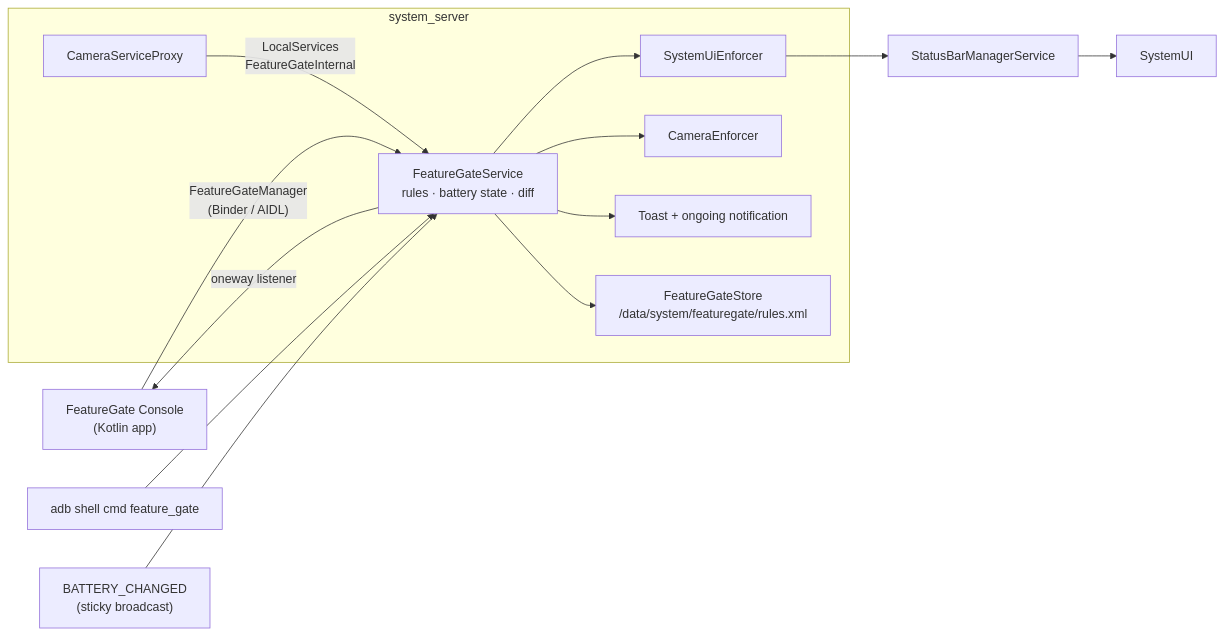
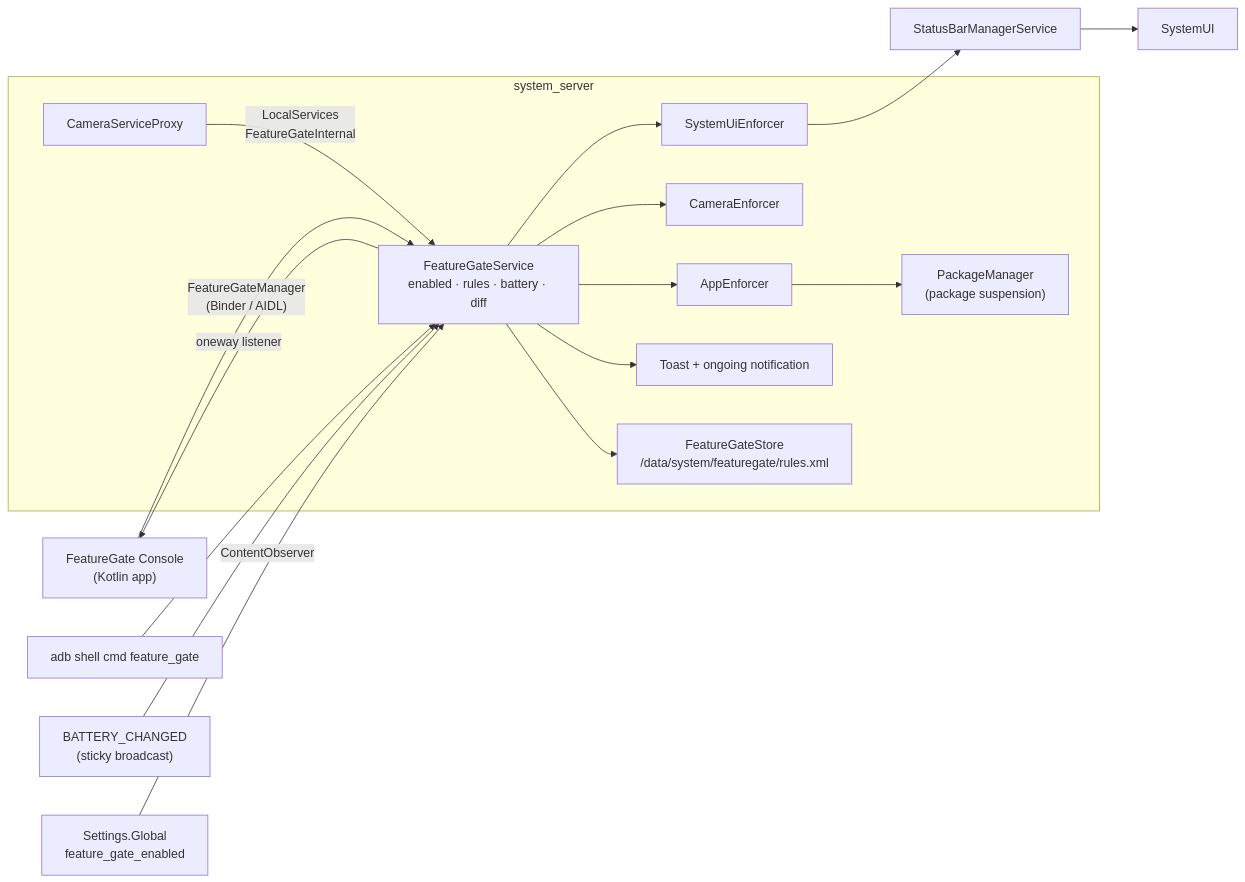
The diagram in README.md (DarshanHegde15/featuregate-aosp), drawn with Mermaid before and after one commit. The commit also changed other lines of this file, not shown here.

````diff
--- a/README.md
+++ b/README.md
@@ -23,16 +25,19 @@
 ```mermaid
 flowchart LR
     App["FeatureGate Console<br/>(Kotlin app)"] -- "FeatureGateManager<br/>(Binder / AIDL)" --> Svc
     Shell["adb shell cmd feature_gate"] --> Svc
     Battery["BATTERY_CHANGED<br/>(sticky broadcast)"] --> Svc
+    Setting["Settings.Global<br/>feature_gate_enabled"] -- "ContentObserver" --> Svc
     subgraph system_server
-        Svc["FeatureGateService<br/>rules · battery state · diff"]
+        Svc["FeatureGateService<br/>enabled · rules · battery · diff"]
         Svc --> SysUiEnf["SystemUiEnforcer"]
         Svc --> CamEnf["CameraEnforcer"]
+        Svc --> AppEnf["AppEnforcer"]
         Svc --> Notif["Toast + ongoing notification"]
         Svc --> Store["FeatureGateStore<br/>/data/system/featuregate/rules.xml"]
         CSP["CameraServiceProxy"] -- "LocalServices<br/>FeatureGateInternal" --> Svc
+        AppEnf --> PMS["PackageManager<br/>(package suspension)"]
     end
     SysUiEnf --> SBMS["StatusBarManagerService"] --> SysUI["SystemUI"]
     Svc -- "oneway listener" --> App
 ```
````
